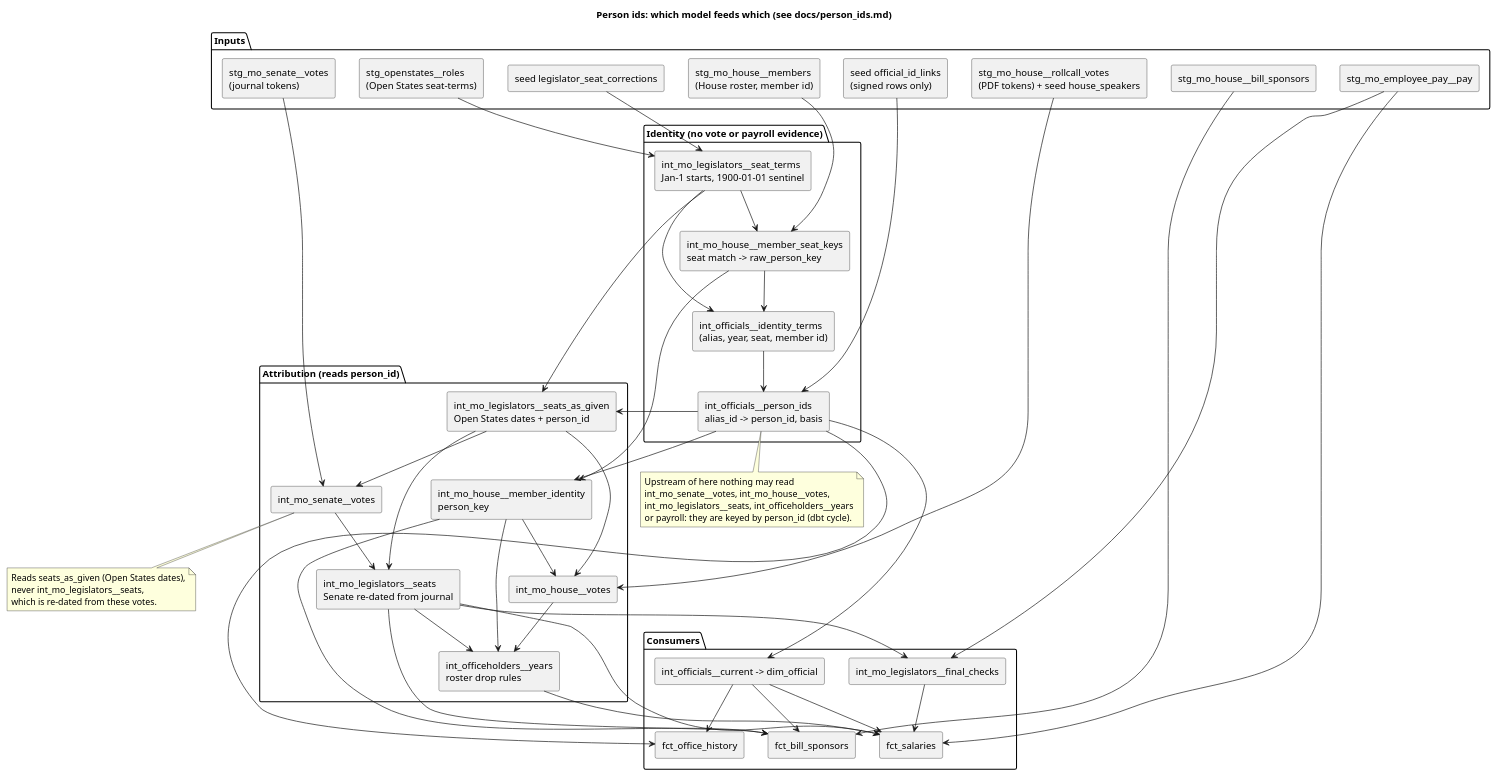
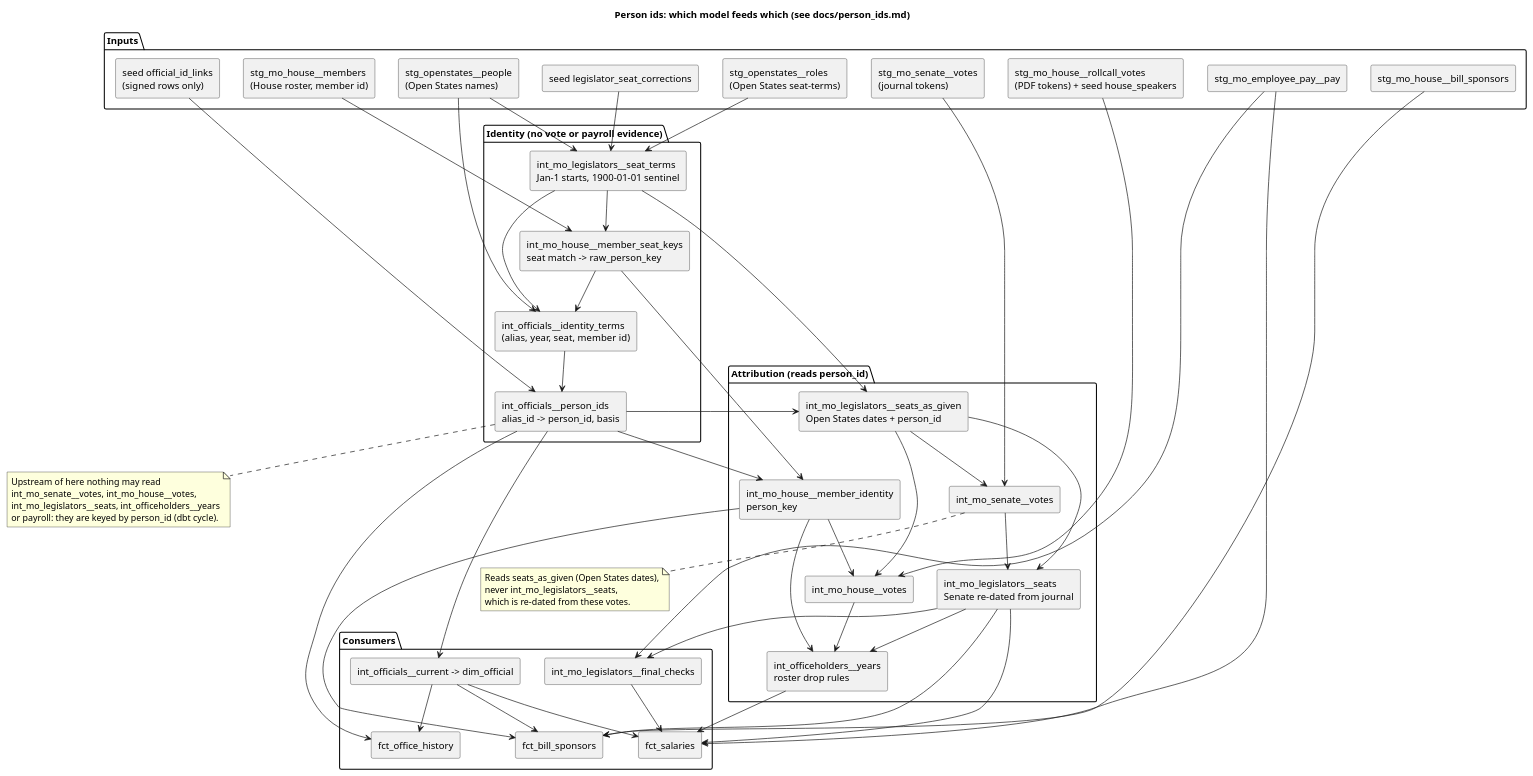
The diagram in docs/diagrams/person_ids.puml (akettmann/missouri_gov_feed), drawn with PlantUML before and after one commit. The commit also changed 2 other files, not shown here.

```diff
--- a/docs/diagrams/person_ids.puml
+++ b/docs/diagrams/person_ids.puml
@@ -1,94 +1,97 @@
 @startuml person_ids
 title Person ids: which model feeds which (see docs/person_ids.md)
 skinparam componentStyle rectangle
 
 package "Inputs" {
   [stg_openstates__roles\n(Open States seat-terms)] as roles
+  [stg_openstates__people\n(Open States names)] as people
   [seed legislator_seat_corrections] as corr
   [stg_mo_house__members\n(House roster, member id)] as roster
   [seed official_id_links\n(signed rows only)] as links
   [stg_mo_senate__votes\n(journal tokens)] as sjv
   [stg_mo_house__rollcall_votes\n(PDF tokens) + seed house_speakers] as hrv
   [stg_mo_employee_pay__pay] as pay
   [stg_mo_house__bill_sponsors] as spon
 }
 
 package "Identity (no vote or payroll evidence)" {
   [int_mo_legislators__seat_terms\nJan-1 starts, 1900-01-01 sentinel] as terms
   [int_mo_house__member_seat_keys\nseat match -> raw_person_key] as keys
   [int_officials__identity_terms\n(alias, year, seat, member id)] as ident
   [int_officials__person_ids\nalias_id -> person_id, basis] as pids
 }
 
 package "Attribution (reads person_id)" {
   [int_mo_house__member_identity\nperson_key] as mident
   [int_mo_legislators__seats_as_given\nOpen States dates + person_id] as given
   [int_mo_senate__votes] as svotes
   [int_mo_house__votes] as hvotes
   [int_mo_legislators__seats\nSenate re-dated from journal] as seats
   [int_officeholders__years\nroster drop rules] as years
 }
 
 package "Consumers" {
   [int_officials__current -> dim_official] as dim
   [fct_office_history] as hist
   [int_mo_legislators__final_checks] as fchk
   [fct_salaries] as sal
   [fct_bill_sponsors] as bsp
 }
 
 roles --> terms
+people --> terms
+people --> ident
 corr --> terms
 roster --> keys
 terms --> keys
 keys --> ident
 terms --> ident
 ident --> pids
 links --> pids
 
 keys --> mident
 pids --> mident
 terms --> given
 pids --> given
 
 sjv --> svotes
 given --> svotes
 hrv --> hvotes
 mident --> hvotes
 given --> hvotes
 
 given --> seats
 svotes --> seats
 
 mident --> years
 seats --> years
 hvotes --> years
 
 pids --> dim
 pids --> hist
 dim --> hist
 seats --> fchk
 pay --> fchk
 pay --> sal
 seats --> sal
 years --> sal
 fchk --> sal
 dim --> sal
 spon --> bsp
 mident --> bsp
 seats --> bsp
 dim --> bsp
 
 note bottom of pids
   Upstream of here nothing may read
   int_mo_senate~__votes, int_mo_house~__votes,
   int_mo_legislators~__seats, int_officeholders~__years
   or payroll: they are keyed by person_id (dbt cycle).
 end note
 
 note bottom of svotes
   Reads seats_as_given (Open States dates),
   never int_mo_legislators~__seats,
   which is re-dated from these votes.
 end note
 @enduml
```
